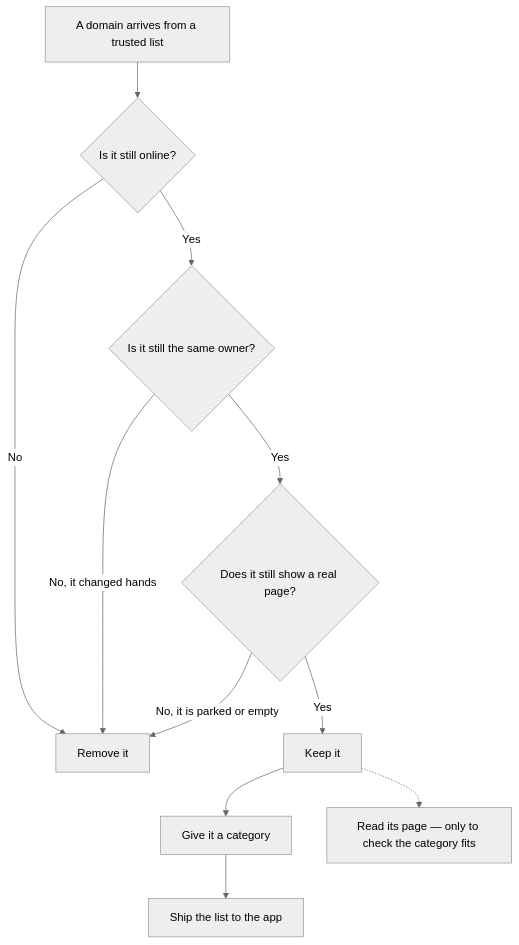
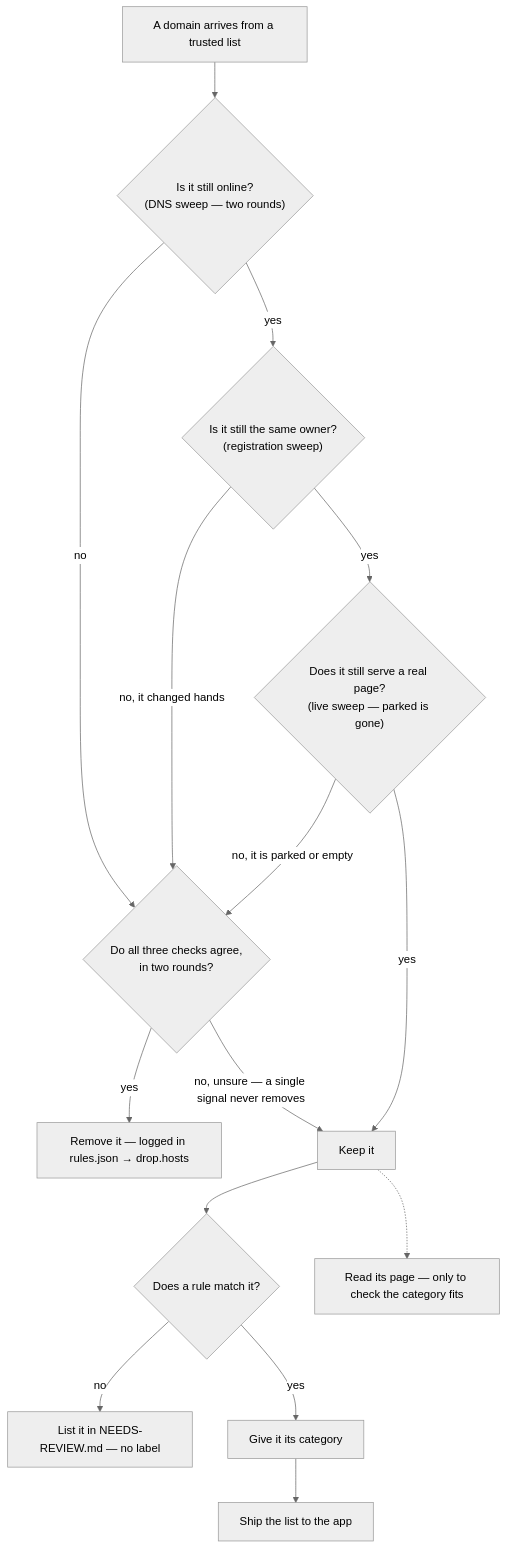
Before and after one commit to mahirfatih/net-traffic-control-catalog: the third of 4 diagrams in README.md, drawn with Mermaid (neutral theme). The commit also changed other lines of this file and 44 other files, not shown here.

````diff
--- a/README.md
+++ b/README.md
@@ -125,13 +131,17 @@
 ```mermaid
 flowchart TD
-    A["A domain arrives from a trusted list"] --> B{"Is it still online?"}
-    B -->|"No"| R["Remove it"]
-    B -->|"Yes"| C{"Is it still the same owner?"}
-    C -->|"No, it changed hands"| R
-    C -->|"Yes"| D{"Does it still show a real page?"}
-    D -->|"No, it is parked or empty"| R
-    D -->|"Yes"| K["Keep it"]
-    K --> E["Give it a category"]
+    A["A domain arrives from a trusted list"] --> B{"Is it still online?<br/>(DNS sweep — two rounds)"}
+    B -->|"no"| J{"Do all three checks agree,<br/>in two rounds?"}
+    B -->|"yes"| C{"Is it still the same owner?<br/>(registration sweep)"}
+    C -->|"no, it changed hands"| J
+    C -->|"yes"| D{"Does it still serve a real page?<br/>(live sweep — parked is gone)"}
+    D -->|"no, it is parked or empty"| J
+    D -->|"yes"| K["Keep it"]
+    J -->|"yes"| R["Remove it — logged in rules.json → drop.hosts"]
+    J -->|"no, unsure — a single signal never removes"| K
+    K --> M{"Does a rule match it?"}
+    M -->|"no"| N["List it in NEEDS-REVIEW.md — no label"]
+    M -->|"yes"| E["Give it its category"]
     E --> F["Ship the list to the app"]
     K -.-> G["Read its page — only to check the category fits"]
 ```
````
